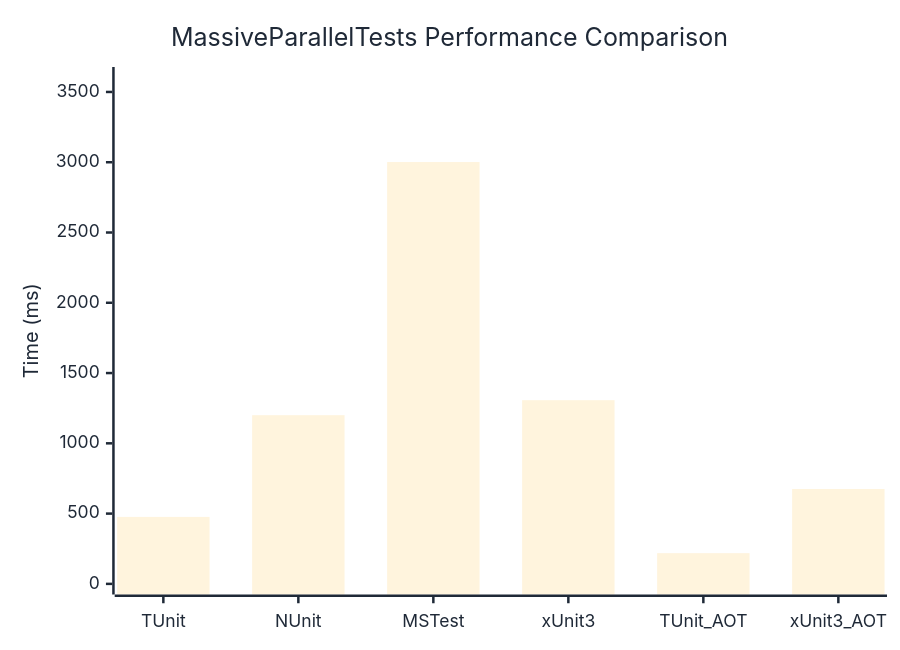
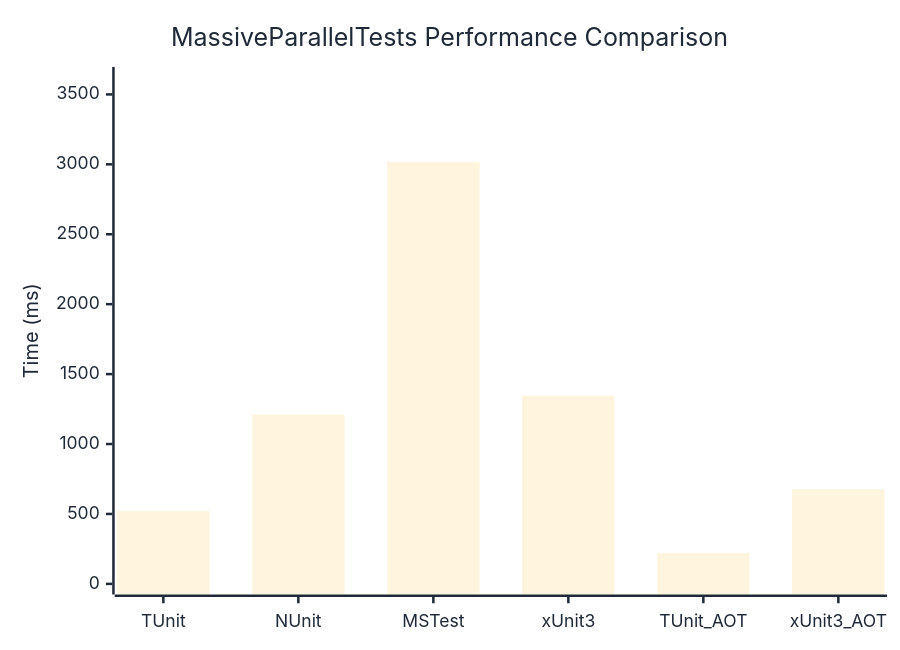
One commit to thomhurst/TUnit changed the diagram in docs/docs/benchmarks/engine/MassiveParallelTests.md. Above: the diagram before and after it, drawn with Mermaid. The commit also changed other lines of this file and 18 other files, not shown here.

````diff
--- a/docs/docs/benchmarks/engine/MassiveParallelTests.md
+++ b/docs/docs/benchmarks/engine/MassiveParallelTests.md
@@ -30,37 +30,37 @@
 ```mermaid
 %%{init: {
   'theme':'base',
   'themeVariables': {
     'primaryColor': '#2563eb',
     'primaryTextColor': '#1f2937',
     'primaryBorderColor': '#1e40af',
     'lineColor': '#6b7280',
     'secondaryColor': '#7c3aed',
     'tertiaryColor': '#dc2626',
     'background': '#ffffff',
     'mainBkg': '#2563eb',
     'secondBkg': '#7c3aed',
     'tertiaryBkg': '#dc2626',
     'clusterBkg': '#f3f4f6',
     'edgeLabelBackground': '#ffffff',
     'tertiaryTextColor': '#1f2937',
     'pie1': '#2563eb',
     'pie2': '#7c3aed',
     'pie3': '#dc2626',
     'pie4': '#f59e0b',
     'pie5': '#10b981',
     'pie6': '#06b6d4',
     'pie7': '#ec4899',
     'pie8': '#6366f1',
     'pie9': '#84cc16',
     'pie10': '#f97316',
     'pie11': '#14b8a6',
     'pie12': '#a855f7'
   }
 }}%%
 xychart-beta
   title "MassiveParallelTests Performance Comparison"
   x-axis ["TUnit", "NUnit", "MSTest", "xUnit3", "TUnit_AOT", "xUnit3_AOT"]
-  y-axis "Time (ms)" 0 --> 3602
-  bar [476.5, 1200.2, 3001.3, 1307, 218.6, 675]
+  y-axis "Time (ms)" 0 --> 3620
+  bar [520.8, 1209.9, 3016.2, 1345.5, 221.5, 676.6]
 ```
````
